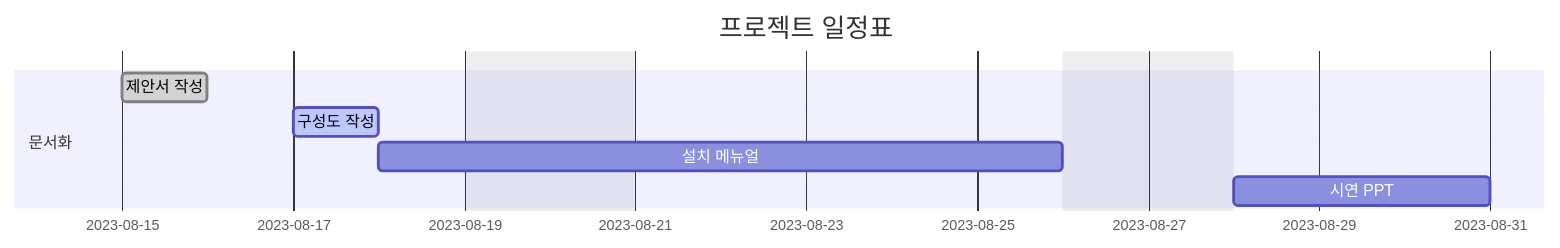
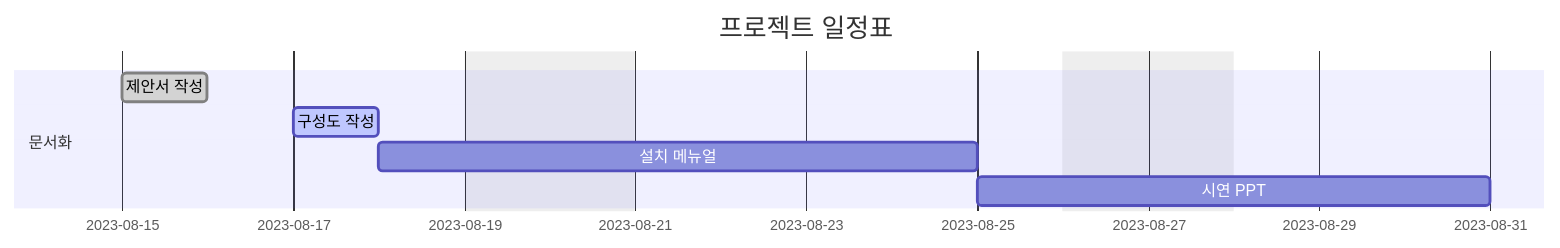
One commit to LOFL404/project1 changed the diagram in README.md. Above: the diagram before and after it, drawn with Mermaid.

````diff
--- a/README.md
+++ b/README.md
@@ -1,16 +1,16 @@
 ```mermaid
 gantt
     dateFormat  YYYY-MM-DD
     axisFormat  %Y-%m-%d
     title       프로젝트 일정표
     excludes    weekends saturday,sunday
     
     section 문서화
     제안서 작성     :done,    a, 2023-08-15, 1d
     구성도 작성     :active,  b, 2023-08-17, 1d
-    설치 메뉴얼     :c, after b, 6d
-    시연 PPT        :after c, 3d
+    설치 메뉴얼     :c, after b, 5d
+    시연 PPT        :after c, 4d
 
     section 구현
     
 ```
````
